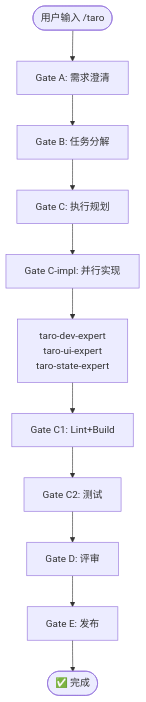
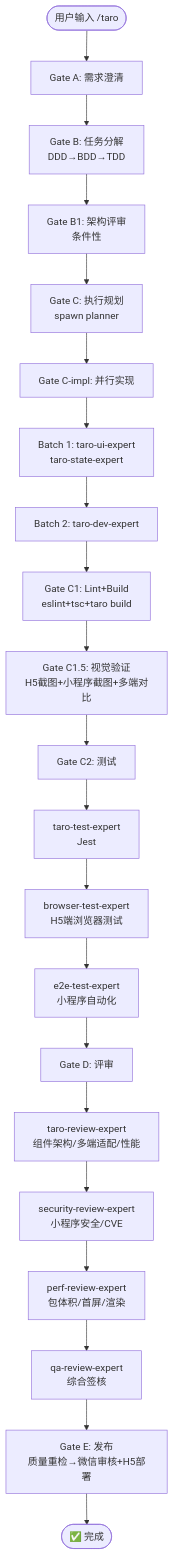
Before and after one commit to Wjl1224734792/Jarvis-Agent-Factory: the diagram in docs/flows/taro.md, drawn with Mermaid. The commit also changed 6 other files, not shown here.

First line of the commit message:
docs: 更新移动端/跨端流程图为完整12门序列

````diff
--- a/docs/flows/taro.md
+++ b/docs/flows/taro.md
@@ -3,13 +3,23 @@
 ```mermaid
 flowchart TD
     START([用户输入 /taro]) --> A[Gate A: 需求澄清]
-    A --> B[Gate B: 任务分解]
-    B --> C[Gate C: 执行规划]
+    A --> B[Gate B: 任务分解<br/>DDD→BDD→TDD]
+    B --> B1[Gate B1: 架构评审<br/>条件性]
+    B1 --> C[Gate C: 执行规划<br/>spawn planner]
     C --> CI[Gate C-impl: 并行实现]
-    CI --> CI1[taro-dev-expert<br/>taro-ui-expert<br/>taro-state-expert]
-    CI1 --> C1[Gate C1: Lint+Build]
-    C1 --> C2[Gate C2: 测试]
-    C2 --> D[Gate D: 评审]
-    D --> E[Gate E: 发布]
+    CI --> CI1[Batch 1: taro-ui-expert<br/>taro-state-expert]
+    CI1 --> CI2[Batch 2: taro-dev-expert]
+    CI2 --> C1[Gate C1: Lint+Build<br/>eslint+tsc+taro build]
+    C1 --> C15[Gate C1.5: 视觉验证<br/>H5截图+小程序截图+多端对比]
+    C15 --> C2[Gate C2: 测试]
+    C2 --> C2A[taro-test-expert<br/>Jest]
+    C2A --> C2B[browser-test-expert<br/>H5端浏览器测试]
+    C2B --> C2C[e2e-test-expert<br/>小程序自动化]
+    C2C --> D[Gate D: 评审]
+    D --> D1[taro-review-expert<br/>组件架构/多端适配/性能]
+    D1 --> D2[security-review-expert<br/>小程序安全/CVE]
+    D2 --> D3[perf-review-expert<br/>包体积/首屏/渲染]
+    D3 --> D4[qa-review-expert<br/>综合签核]
+    D4 --> E[Gate E: 发布<br/>质量重检→微信审核+H5部署]
     E --> DONE([✅ 完成])
 ```
````
